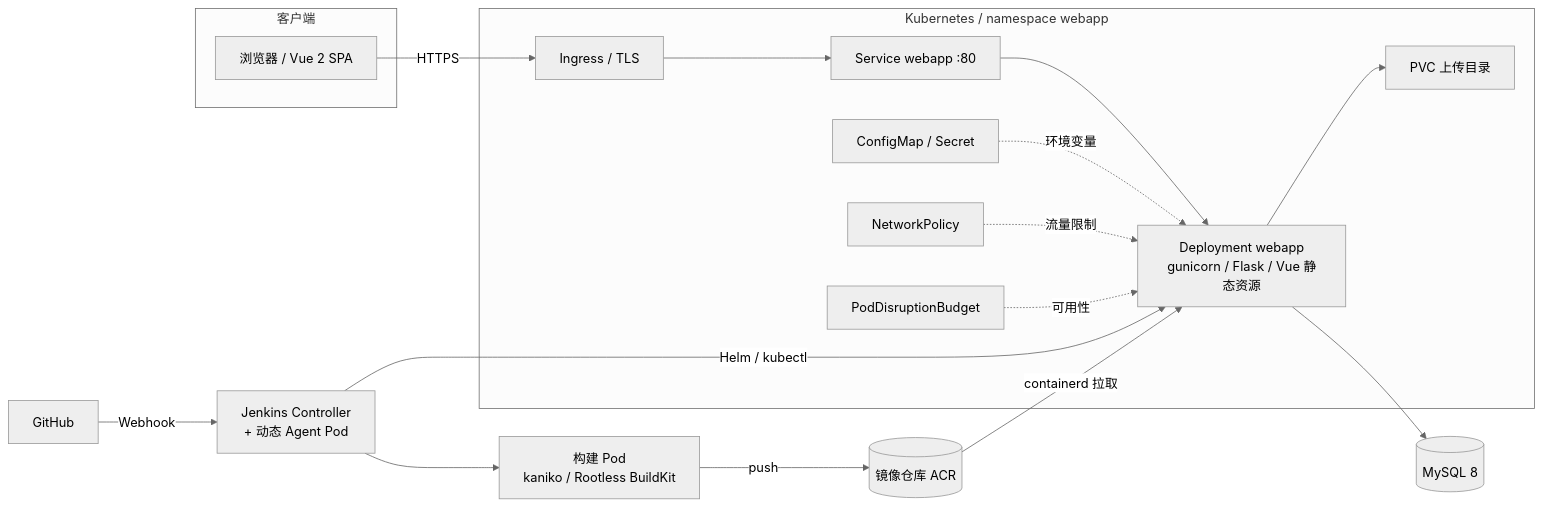
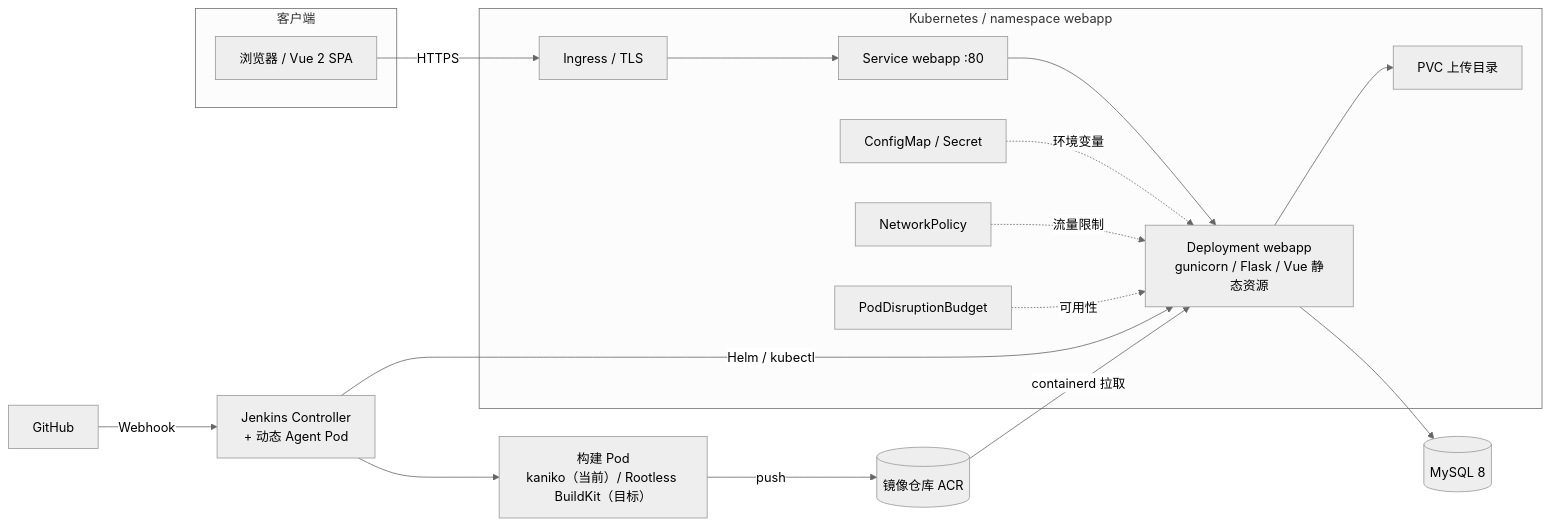
One commit to aggresgesn-wq/jenkins-cicd-k8s-containerd changed the first of 4 diagrams in docs/ARCHITECTURE.md. Above: the diagram before and after it, drawn with Mermaid (neutral theme). The commit also changed other lines of this file and 26 other files, not shown here.

First line of the commit message:
docs(arch): rewrite architecture diagram, reorganize Jenkins screenshots and rename repo

````diff
--- a/docs/ARCHITECTURE.md
+++ b/docs/ARCHITECTURE.md
@@ -17,34 +17,34 @@
 ```mermaid
 flowchart LR
   subgraph C["客户端"]
     B["浏览器 / Vue 2 SPA"]
   end
   subgraph K["Kubernetes / namespace webapp"]
     I["Ingress / TLS"]
     S["Service webapp :80"]
     D["Deployment webapp<br/>gunicorn / Flask / Vue 静态资源"]
     CM["ConfigMap / Secret"]
     NP["NetworkPolicy"]
     PDB["PodDisruptionBudget"]
     PVC["PVC 上传目录"]
   end
   DB[("MySQL 8")]
   G["GitHub"]
   J["Jenkins Controller<br/>+ 动态 Agent Pod"]
-  KAN["构建 Pod<br/>kaniko / Rootless BuildKit"]
+  KAN["构建 Pod<br/>kaniko（当前）/ Rootless BuildKit（目标）"]
   REG[("镜像仓库 ACR")]
 
   B -->|HTTPS| I
   I --> S
   S --> D
   D --> DB
   D --> PVC
   CM -.->|环境变量| D
   NP -.->|流量限制| D
   PDB -.->|可用性| D
   G -->|Webhook| J
   J --> KAN
   KAN -->|push| REG
   J -->|Helm / kubectl| D
   REG -->|containerd 拉取| D
 ```
````
